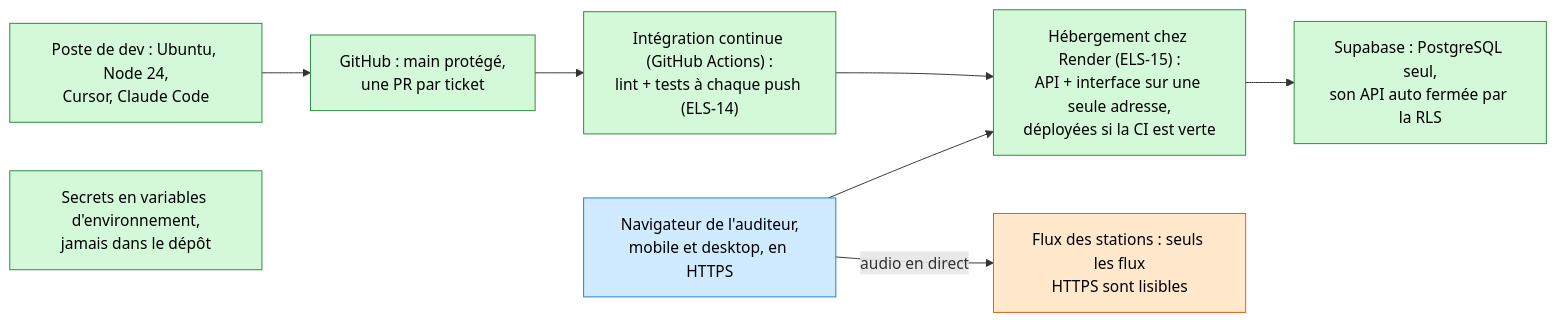
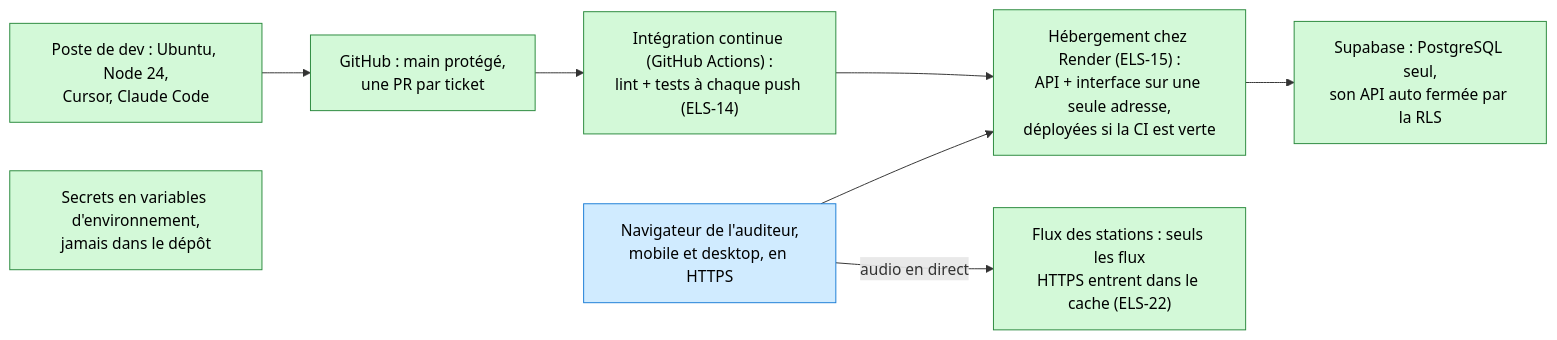
Before and after one commit to gvlaurent/elsewhere: the fourth of 9 diagrams in docs/architecture.md, drawn with Mermaid. The commit also changed other lines of this file and 22 other files, not shown here.

First line of the commit message:
feat: importe les stations de Radio Browser par l'API, en ne gardant que les flux HTTPS (ELS-22) (#36)

````diff
--- a/docs/architecture.md
+++ b/docs/architecture.md
@@ -115,19 +121,19 @@
 ```mermaid
 flowchart LR
     T1["Poste de dev : Ubuntu, Node 24,<br/>Cursor, Claude Code"]:::code
     T2["GitHub : main protégé,<br/>une PR par ticket"]:::code
     T3["Intégration continue (GitHub Actions) :<br/>lint + tests à chaque push (ELS-14)"]:::code
     T4["Hébergement chez Render (ELS-15) :<br/>API + interface sur une seule adresse,<br/>déployées si la CI est verte"]:::code
     T5["Supabase : PostgreSQL seul,<br/>son API auto fermée par la RLS"]:::code
     T6["Secrets en variables d'environnement,<br/>jamais dans le dépôt"]:::code
     T7["Navigateur de l'auditeur,<br/>mobile et desktop, en HTTPS"]:::decide
-    T8["Flux des stations : seuls les flux<br/>HTTPS sont lisibles"]:::trancher
+    T8["Flux des stations : seuls les flux<br/>HTTPS entrent dans le cache (ELS-22)"]:::code
 
     T1 --> T2 --> T3 --> T4 --> T5
     T7 --> T4
     T7 -- "audio en direct" --> T8
 
     classDef code fill:#d3f9d8,stroke:#2b8a3e,color:#000
     classDef decide fill:#d0ebff,stroke:#1c7ed6,color:#000
     classDef trancher fill:#ffe8cc,stroke:#e8590c,color:#000
 ```
````
